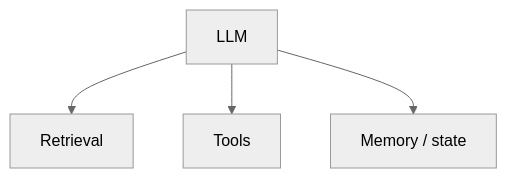
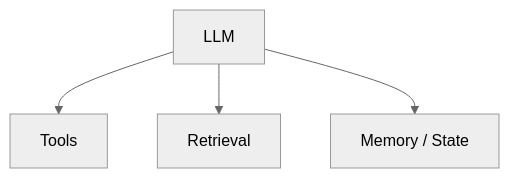
Before and after one commit to franciscogarcia-sys/guia-estudio-claude-ccar-f-bitlogic: the fifth of 12 diagrams in 02-agentic-architecture-foundations/README.md, drawn with Mermaid (neutral theme). The commit also changed other lines of this file, not shown here.

````diff
--- a/02-agentic-architecture-foundations/README.md
+++ b/02-agentic-architecture-foundations/README.md
@@ -179,6 +489,6 @@
 ```mermaid
 flowchart TD
-    L[LLM] --> R[Retrieval]
-    L --> T[Tools]
-    L --> M[Memory / state]
+    L[LLM] --> T[Tools]
+    L --> R[Retrieval]
+    L --> M[Memory / State]
 ```
````
